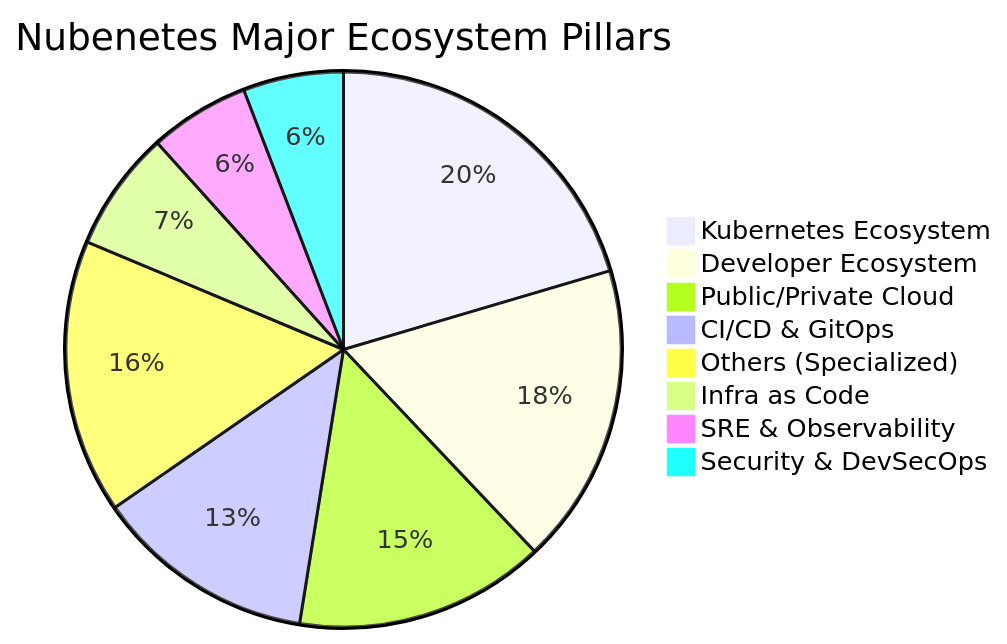
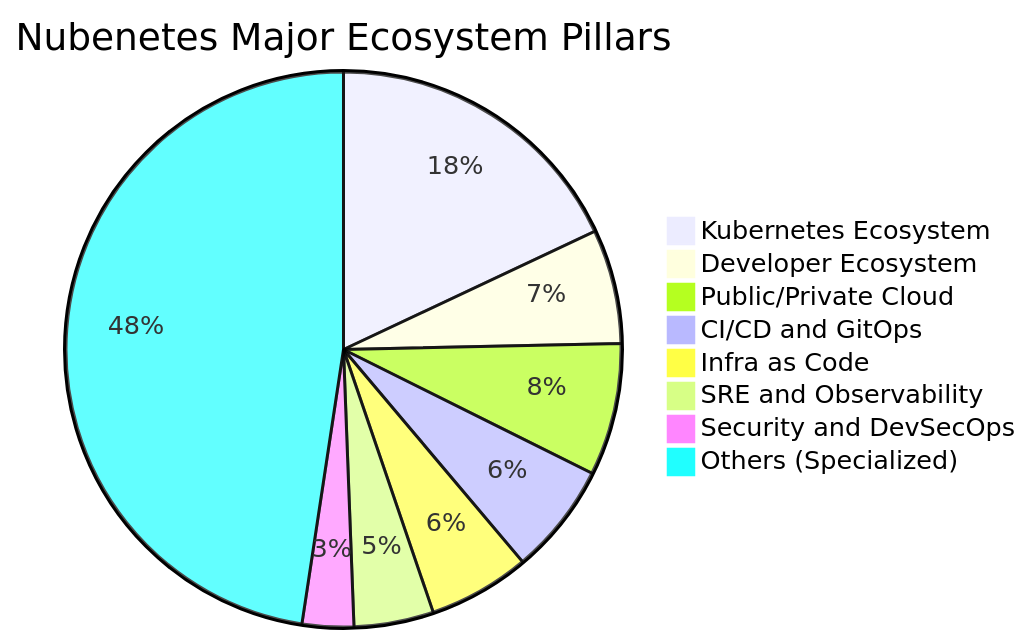
Before and after one commit to nubenetes/awesome-kubernetes: the first of 9 diagrams in README.md, drawn with Mermaid. The commit also changed other lines of this file and 7 other files, not shown here.

Commit message:
feat(ai): unify database architecture, implement dynamic README dashboard, and add maturity audit log

````diff
--- a/README.md
+++ b/README.md
@@ -137,11 +137,11 @@
 ```mermaid
 pie title Nubenetes Major Ecosystem Pillars
-    "Kubernetes Ecosystem" : 3500
-    "Developer Ecosystem" : 3000
-    "Public/Private Cloud" : 2500
-    "CI/CD & GitOps" : 2200
-    "Others (Specialized)" : 2733
-    "Infra as Code" : 1200
-    "SRE & Observability" : 1000
-    "Security & DevSecOps" : 1000
+    "Kubernetes Ecosystem" : 3034
+    "Developer Ecosystem" : 1121
+    "Public/Private Cloud" : 1298
+    "CI/CD and GitOps" : 1094
+    "Infra as Code" : 997
+    "SRE and Observability" : 781
+    "Security and DevSecOps" : 505
+    "Others (Specialized)" : 8023
 ```
````
